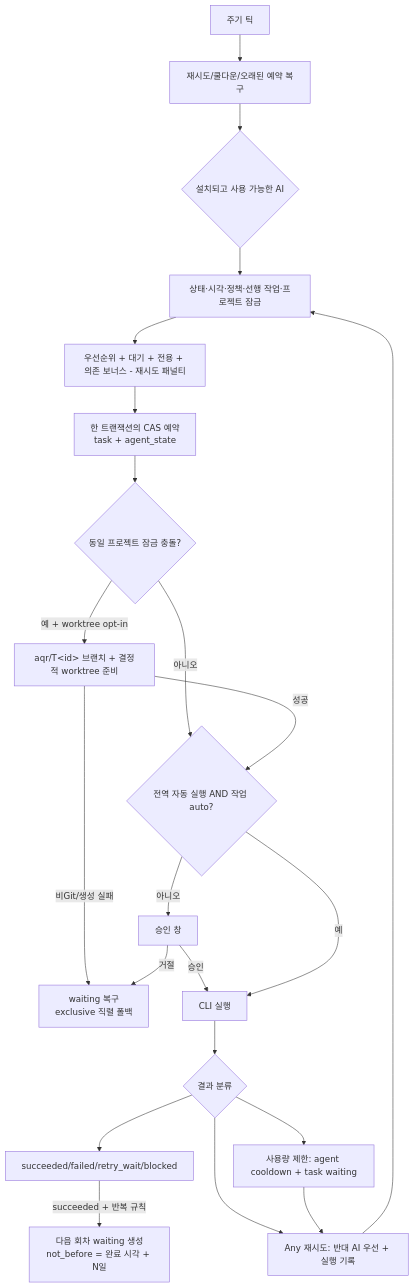
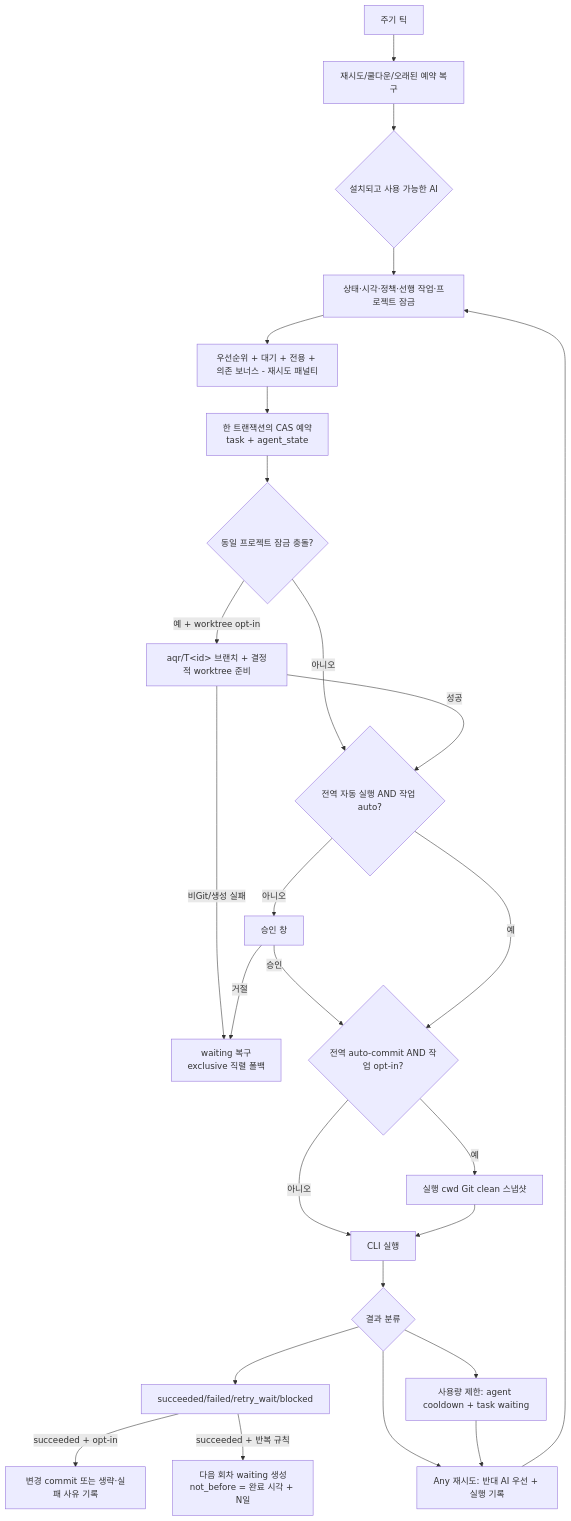
The fourth of 4 diagrams in ai-queue-runner/docs/ARCHITECTURE.md (jasonwpgml/AQR), drawn with Mermaid before and after one commit. The commit also changed other lines of this file and 36 other files, not shown here.

````diff
--- a/ai-queue-runner/docs/ARCHITECTURE.md
+++ b/ai-queue-runner/docs/ARCHITECTURE.md
@@ -218,24 +249,28 @@
 ```mermaid
 flowchart TD
     TICK[주기 틱] --> MAINT[재시도/쿨다운/오래된 예약 복구]
     MAINT --> AG{설치되고 사용 가능한 AI}
     AG --> FILTER[상태·시각·정책·선행 작업·프로젝트 잠금]
     FILTER --> SCORE[우선순위 + 대기 + 전용 + 의존 보너스 - 재시도 패널티]
     SCORE --> CAS[한 트랜잭션의 CAS 예약\ntask + agent_state]
     CAS --> ISOLATE{동일 프로젝트 잠금 충돌?}
     ISOLATE -- 아니오 --> APPROVE
     ISOLATE -- "예 + worktree opt-in" --> PREP[aqr/T&lt;id&gt; 브랜치 + 결정적 worktree 준비]
     PREP -- 성공 --> APPROVE{전역 자동 실행 AND 작업 auto?}
     PREP -- 비Git/생성 실패 --> WAIT[waiting 복구\nexclusive 직렬 폴백]
     APPROVE -- 아니오 --> USER[승인 창]
-    USER -- 승인 --> RUN
+    USER -- 승인 --> PREFLIGHT
     USER -- 거절 --> WAIT
-    APPROVE -- 예 --> RUN[CLI 실행]
+    APPROVE -- 예 --> PREFLIGHT{전역 auto-commit AND 작업 opt-in?}
+    PREFLIGHT -- 아니오 --> RUN[CLI 실행]
+    PREFLIGHT -- 예 --> CLEAN[실행 cwd Git clean 스냅샷]
+    CLEAN --> RUN
     RUN --> RESULT{결과 분류}
     RESULT --> DONE[succeeded/failed/retry_wait/blocked]
+    DONE -->|succeeded + opt-in| COMMIT[변경 commit 또는 생략·실패 사유 기록]
     DONE -->|succeeded + 반복 규칙| NEXT[다음 회차 waiting 생성\nnot_before = 완료 시각 + N일]
     RESULT --> LIMIT[사용량 제한: agent cooldown + task waiting]
     RESULT --> FALLBACK[Any 재시도: 반대 AI 우선 + 실행 기록]
     FALLBACK --> FILTER
     LIMIT --> FALLBACK
 ```
````
